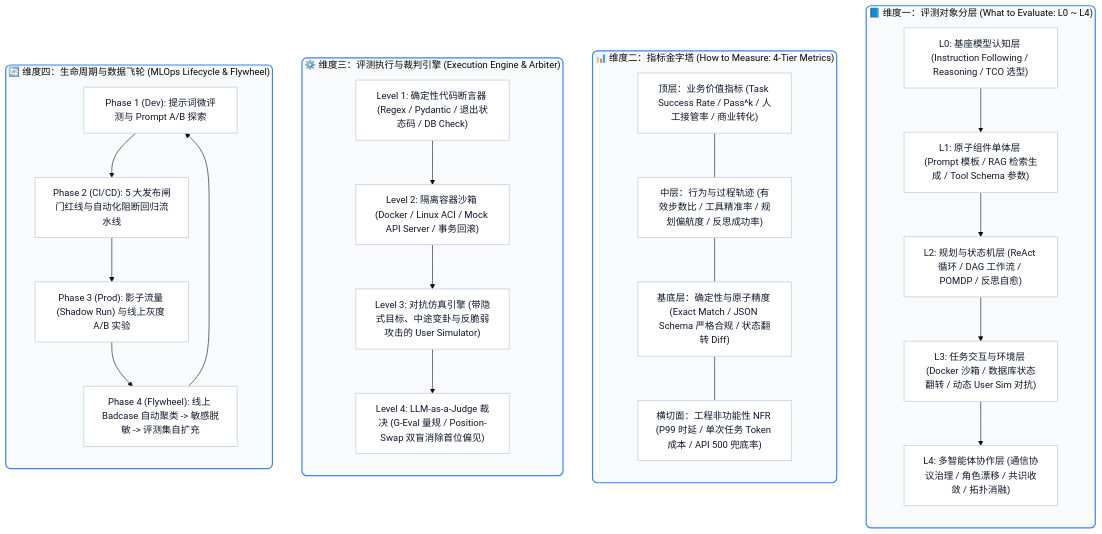
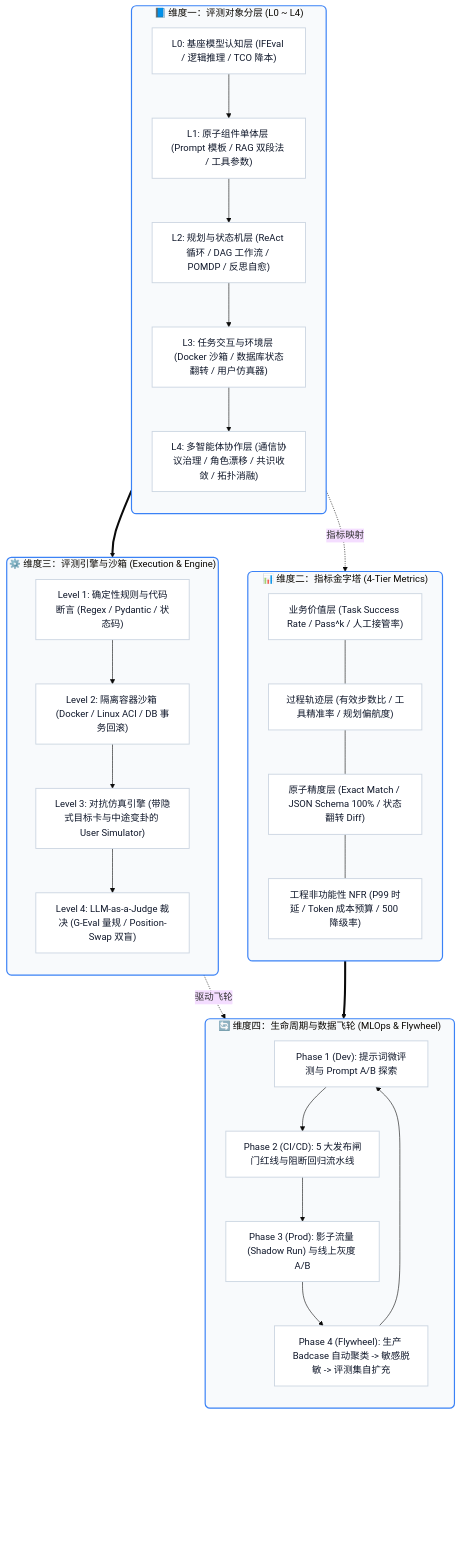
Before and after one commit to Anlon-27/awesome-agent-eval: the first of 2 diagrams in docs/01-framework-and-edd.md, drawn with Mermaid (base theme). The commit also changed 2 other files, not shown here.

Commit message:
style(docs): Add bottom-right safe padding to Mermaid diagrams to prevent GitHub zoom controls occlusion

````diff
--- a/docs/01-framework-and-edd.md
+++ b/docs/01-framework-and-edd.md
@@ -15,50 +15,60 @@
 ```mermaid
 flowchart TD
     classDef stageBox fill:#f8fafc,stroke:#3b82f6,stroke-width:2px,rx:8px,ry:8px;
     classDef stepNode fill:#ffffff,stroke:#cbd5e1,stroke-width:1.5px,color:#0f172a;
 
-    subgraph D1["📘 维度一：评测对象分层 (What to Evaluate: L0 ~ L4)"]
+    subgraph D1["📘 维度一：评测对象分层 (L0 ~ L4)"]
         direction TB
-        L0["L0: 基座模型认知层 (Instruction Following / Reasoning / TCO 选型)"]
-        L1["L1: 原子组件单体层 (Prompt 模板 / RAG 检索生成 / Tool Schema 参数)"]
+        L0["L0: 基座模型认知层 (IFEval / 逻辑推理 / TCO 降本)"]
+        L1["L1: 原子组件单体层 (Prompt 模板 / RAG 双段法 / 工具参数)"]
         L2["L2: 规划与状态机层 (ReAct 循环 / DAG 工作流 / POMDP / 反思自愈)"]
-        L3["L3: 任务交互与环境层 (Docker 沙箱 / 数据库状态翻转 / 动态 User Sim 对抗)"]
+        L3["L3: 任务交互与环境层 (Docker 沙箱 / 数据库状态翻转 / 用户仿真器)"]
         L4["L4: 多智能体协作层 (通信协议治理 / 角色漂移 / 共识收敛 / 拓扑消融)"]
         L0 --> L1 --> L2 --> L3 --> L4
     end
-    class D1 stageBox;
-    class L0,L1,L2,L3,L4 stepNode;
 
-    subgraph D2["📊 维度二：指标金字塔 (How to Measure: 4-Tier Metrics)"]
+    subgraph D2["📊 维度二：指标金字塔 (4-Tier Metrics)"]
         direction TB
-        M1["顶层：业务价值指标 (Task Success Rate / Pass^k / 人工接管率 / 商业转化)"]
-        M2["中层：行为与过程轨迹 (有效步数比 / 工具精准率 / 规划偏航度 / 反思成功率)"]
-        M3["基底层：确定性与原子精度 (Exact Match / JSON Schema 严格合规 / 状态翻转 Diff)"]
-        M4["横切面：工程非功能性 NFR (P99 时延 / 单次任务 Token 成本 / API 500 兜底率)"]
+        M1["业务价值层 (Task Success Rate / Pass^k / 人工接管率)"]
+        M2["过程轨迹层 (有效步数比 / 工具精准率 / 规划偏航度)"]
+        M3["原子精度层 (Exact Match / JSON Schema 100% / 状态翻转 Diff)"]
+        M4["工程非功能性 NFR (P99 时延 / Token 成本预算 / 500 降级率)"]
         M1 --- M2 --- M3 --- M4
     end
-    class D2 stageBox;
-    class M1,M2,M3,M4 stepNode;
 
-    subgraph D3["⚙️ 维度三：评测执行与裁判引擎 (Execution Engine & Arbiter)"]
+    subgraph D3["⚙️ 维度三：评测引擎与沙箱 (Execution & Engine)"]
         direction TB
-        E1["Level 1: 确定性代码断言器 (Regex / Pydantic / 退出状态码 / DB Check)"]
-        E2["Level 2: 隔离容器沙箱 (Docker / Linux ACI / Mock API Server / 事务回滚)"]
-        E3["Level 3: 对抗仿真引擎 (带隐式目标、中途变卦与反脆弱攻击的 User Simulator)"]
-        E4["Level 4: LLM-as-a-Judge 裁决 (G-Eval 量规 / Position-Swap 双盲消除首位偏见)"]
+        E1["Level 1: 确定性规则与代码断言 (Regex / Pydantic / 状态码)"]
+        E2["Level 2: 隔离容器沙箱 (Docker / Linux ACI / DB 事务回滚)"]
+        E3["Level 3: 对抗仿真引擎 (带隐式目标卡与中途变卦的 User Simulator)"]
+        E4["Level 4: LLM-as-a-Judge 裁决 (G-Eval 量规 / Position-Swap 双盲)"]
         E1 --> E2 --> E3 --> E4
     end
-    class D3 stageBox;
-    class E1,E2,E3,E4 stepNode;
 
-    subgraph D4["🔄 维度四：生命周期与数据飞轮 (MLOps Lifecycle & Flywheel)"]
+    subgraph D4["🔄 维度四：生命周期与数据飞轮 (MLOps & Flywheel)"]
         direction TB
         P1["Phase 1 (Dev): 提示词微评测与 Prompt A/B 探索"]
-        P2["Phase 2 (CI/CD): 5 大发布闸门红线与自动化阻断回归流水线"]
-        P3["Phase 3 (Prod): 影子流量 (Shadow Run) 与线上灰度 A/B 实验"]
-        P4["Phase 4 (Flywheel): 线上 Badcase 自动聚类 -> 敏感脱敏 -> 评测集自扩充"]
+        P2["Phase 2 (CI/CD): 5 大发布闸门红线与阻断回归流水线"]
+        P3["Phase 3 (Prod): 影子流量 (Shadow Run) 与线上灰度 A/B"]
+        P4["Phase 4 (Flywheel): 生产 Badcase 自动聚类 -> 敏感脱敏 -> 评测集自扩充"]
         P1 --> P2 --> P3 --> P4 --> P1
     end
-    class D4 stageBox;
-    class P1,P2,P3,P4 stepNode;
+
+    D1 -. "指标映射" .-> D2
+    D3 -. "驱动飞轮" .-> D4
+    D1 ==> D3
+    D2 ==> D4
+
+    %% 专用安全垫片：预留 100px 空白，杜绝 GitHub 悬浮缩放按钮遮挡右下角文本
+    subgraph SafePadding[" "]
+        direction LR
+        padNode["&nbsp;<br>&nbsp;<br>&nbsp;"]
+    end
+    style SafePadding fill:transparent,stroke:transparent;
+    style padNode fill:transparent,stroke:transparent,color:transparent;
+    D3 ~~~ SafePadding
+    D4 ~~~ SafePadding
+
+    class D1,D2,D3,D4 stageBox;
+    class L0,L1,L2,L3,L4,M1,M2,M3,M4,E1,E2,E3,E4,P1,P2,P3,P4 stepNode;
 ```
````
